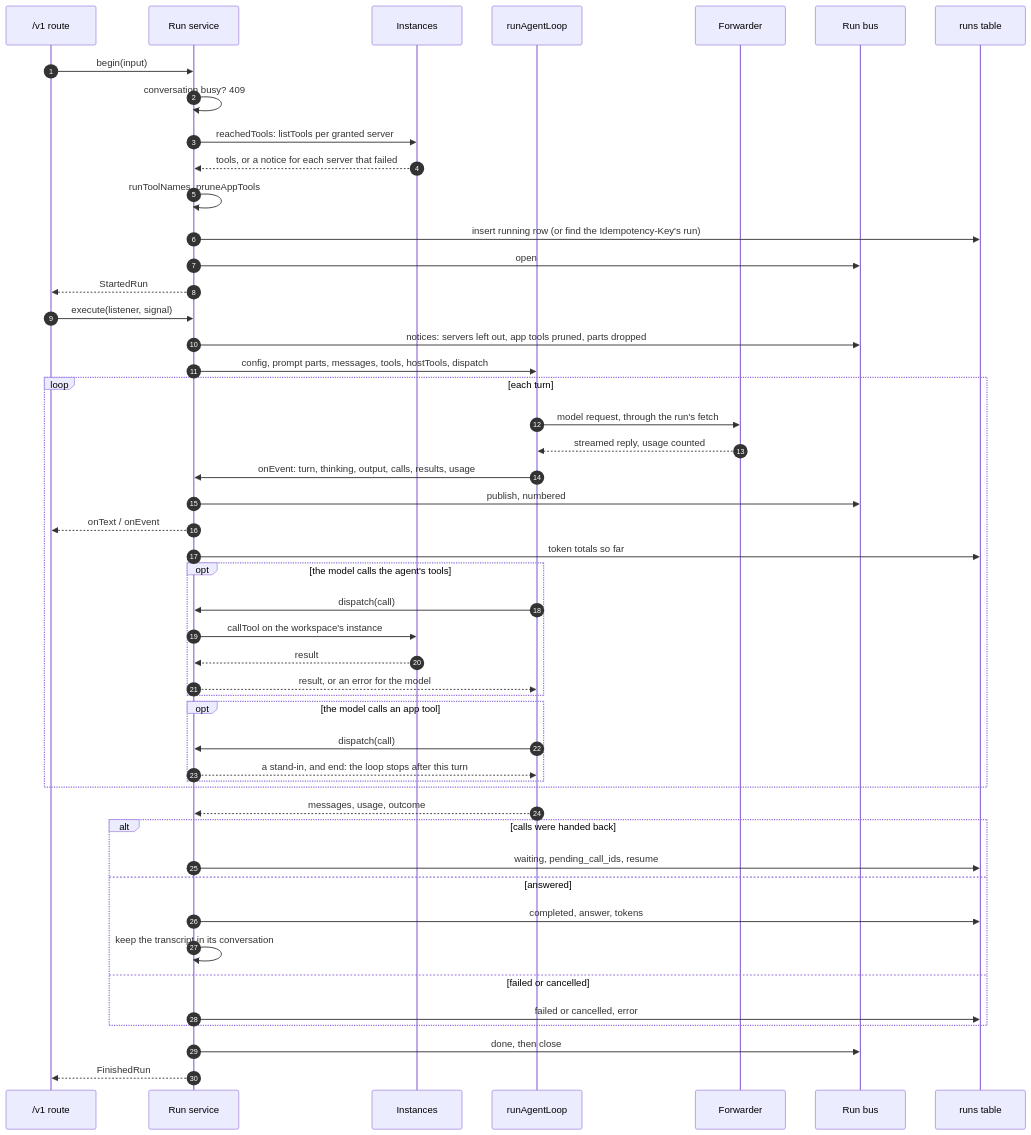
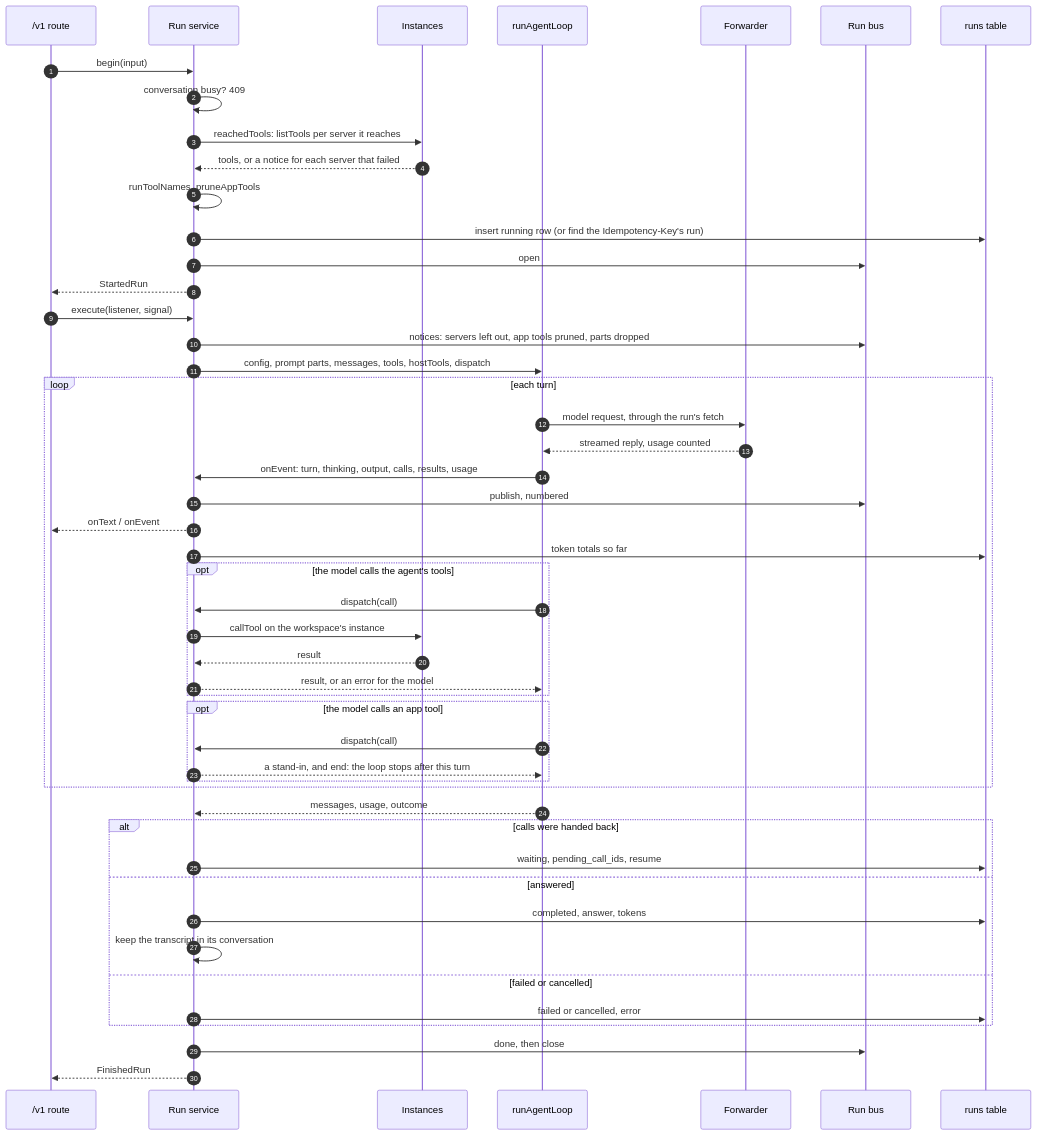
One commit to cubicecho/ai-router changed the fifth of 14 diagrams in HOW-IT-WORKS.md. Above: the diagram before and after it, drawn with Mermaid. The commit also changed other lines of this file and 35 other files, not shown here.

````diff
--- a/HOW-IT-WORKS.md
+++ b/HOW-IT-WORKS.md
@@ -220,52 +225,52 @@
 ```mermaid
 sequenceDiagram
   autonumber
   participant Route as /v1 route
   participant Svc as Run service
   participant Inst as Instances
   participant Core as runAgentLoop
   participant Fwd as Forwarder
   participant Bus as Run bus
   participant DB as runs table
 
   Route->>Svc: begin(input)
   Svc->>Svc: conversation busy? 409
-  Svc->>Inst: reachedTools: listTools per granted server
+  Svc->>Inst: reachedTools: listTools per server it reaches
   Inst-->>Svc: tools, or a notice for each server that failed
   Svc->>Svc: runToolNames, pruneAppTools
   Svc->>DB: insert running row (or find the Idempotency-Key's run)
   Svc->>Bus: open
   Svc-->>Route: StartedRun
   Route->>Svc: execute(listener, signal)
   Svc->>Bus: notices: servers left out, app tools pruned, parts dropped
   Svc->>Core: config, prompt parts, messages, tools, hostTools, dispatch
   loop each turn
     Core->>Fwd: model request, through the run's fetch
     Fwd-->>Core: streamed reply, usage counted
     Core->>Svc: onEvent: turn, thinking, output, calls, results, usage
     Svc->>Bus: publish, numbered
     Svc-->>Route: onText / onEvent
     Svc->>DB: token totals so far
     opt the model calls the agent's tools
       Core->>Svc: dispatch(call)
       Svc->>Inst: callTool on the workspace's instance
       Inst-->>Svc: result
       Svc-->>Core: result, or an error for the model
     end
     opt the model calls an app tool
       Core->>Svc: dispatch(call)
       Svc-->>Core: a stand-in, and end: the loop stops after this turn
     end
   end
   Core-->>Svc: messages, usage, outcome
   alt calls were handed back
     Svc->>DB: waiting, pending_call_ids, resume
   else answered
     Svc->>DB: completed, answer, tokens
     Svc->>Svc: keep the transcript in its conversation
   else failed or cancelled
     Svc->>DB: failed or cancelled, error
   end
   Svc->>Bus: done, then close
   Svc-->>Route: FinishedRun
 ```
````
